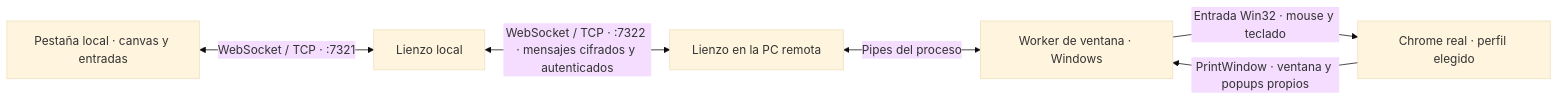
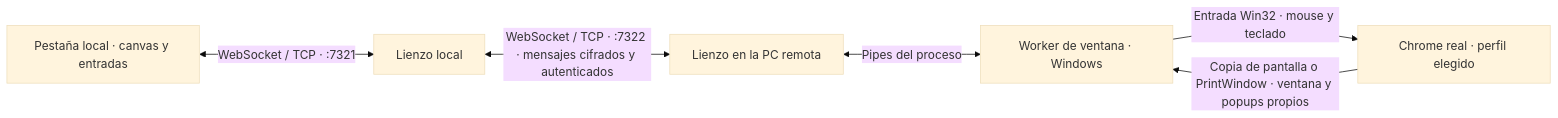
The diagram in README.md (arielelevy/lienzo), drawn with Mermaid (base theme) before and after one commit. The commit also changed other lines of this file and 8 other files, not shown here.

````diff
--- a/README.md
+++ b/README.md
@@ -363,8 +388,8 @@
 ```mermaid
 flowchart LR
     V["Pestaña local · canvas y entradas"] <-->|"WebSocket / TCP · :7321"| L["Lienzo local"]
     L <-->|"WebSocket / TCP · :7322 · mensajes cifrados y autenticados"| R["Lienzo en la PC remota"]
     R <-->|"Pipes del proceso"| W["Worker de ventana · Windows"]
     W -->|"Entrada Win32 · mouse y teclado"| C["Chrome real · perfil elegido"]
-    C -->|"PrintWindow · ventana y popups propios"| W
+    C -->|"Copia de pantalla o PrintWindow · ventana y popups propios"| W
 ```
````
